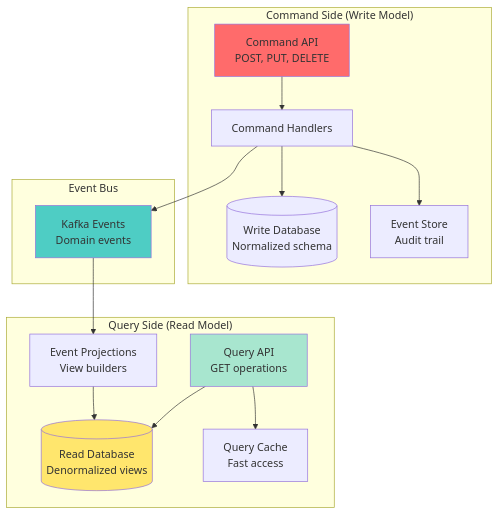
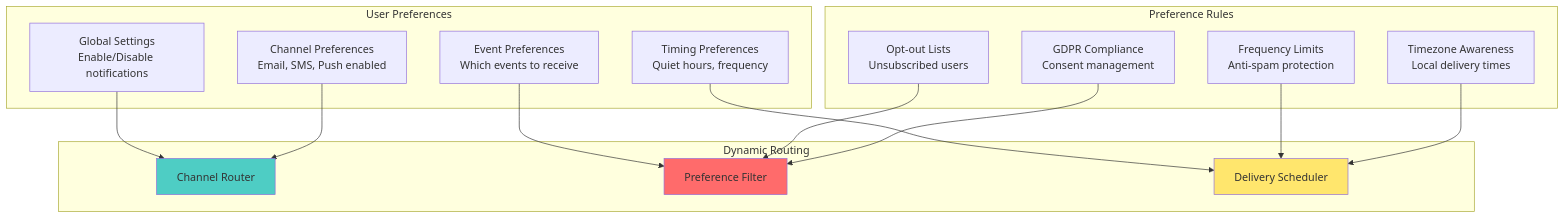
The third of 4 diagrams in class/workshop/lesson_12/README.md (vorrawut/KafkaStarter), drawn with Mermaid before and after one commit. The commit also changed other lines of this file and 204 other files, not shown here.

````diff
--- a/class/workshop/lesson_12/README.md
+++ b/class/workshop/lesson_12/README.md
@@ -148,36 +203,36 @@
 ```mermaid
 graph TB
-    subgraph "Command Side (Write Model)"
-        CMD_API[Command API<br/>POST, PUT, DELETE]
-        CMD_HANDLER[Command Handlers]
-        WRITE_DB[(Write Database<br/>Normalized schema)]
-        EVENT_STORE[Event Store<br/>Audit trail]
+    subgraph "User Preferences"
+        GLOBAL[Global Settings<br/>Enable/Disable notifications]
+        CHANNEL[Channel Preferences<br/>Email, SMS, Push enabled]
+        EVENT[Event Preferences<br/>Which events to receive]
+        TIMING[Timing Preferences<br/>Quiet hours, frequency]
     end
     
-    subgraph "Event Bus"
-        KAFKA_EVENTS[Kafka Events<br/>Domain events]
+    subgraph "Preference Rules"
+        OPTOUT[Opt-out Lists<br/>Unsubscribed users]
+        GDPR[GDPR Compliance<br/>Consent management]
+        FREQUENCY[Frequency Limits<br/>Anti-spam protection]
+        TIMEZONE[Timezone Awareness<br/>Local delivery times]
     end
     
-    subgraph "Query Side (Read Model)"
-        QUERY_API[Query API<br/>GET operations]
-        READ_DB[(Read Database<br/>Denormalized views)]
-        PROJECTIONS[Event Projections<br/>View builders]
-        CACHE[Query Cache<br/>Fast access]
+    subgraph "Dynamic Routing"
+        ROUTER[Channel Router]
+        FILTER[Preference Filter]
+        SCHEDULER[Delivery Scheduler]
     end
     
-    CMD_API --> CMD_HANDLER
-    CMD_HANDLER --> WRITE_DB
-    CMD_HANDLER --> EVENT_STORE
-    CMD_HANDLER --> KAFKA_EVENTS
+    GLOBAL --> ROUTER
+    CHANNEL --> ROUTER
+    EVENT --> FILTER
+    TIMING --> SCHEDULER
     
-    KAFKA_EVENTS --> PROJECTIONS
-    PROJECTIONS --> READ_DB
+    OPTOUT --> FILTER
+    GDPR --> FILTER
+    FREQUENCY --> SCHEDULER
+    TIMEZONE --> SCHEDULER
     
-    QUERY_API --> READ_DB
-    QUERY_API --> CACHE
-    
-    style CMD_API fill:#ff6b6b
-    style KAFKA_EVENTS fill:#4ecdc4
-    style QUERY_API fill:#a8e6cf
-    style READ_DB fill:#ffe66d
+    style ROUTER fill:#4ecdc4
+    style FILTER fill:#ff6b6b
+    style SCHEDULER fill:#ffe66d
 ```
````
